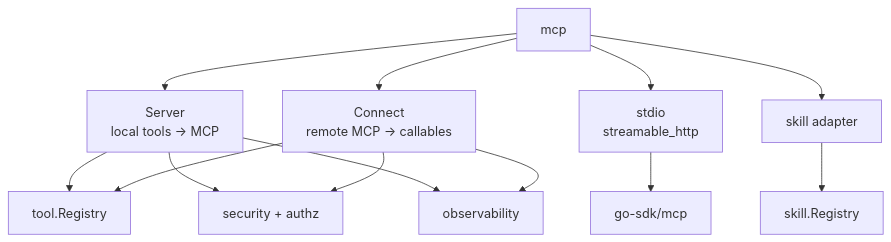
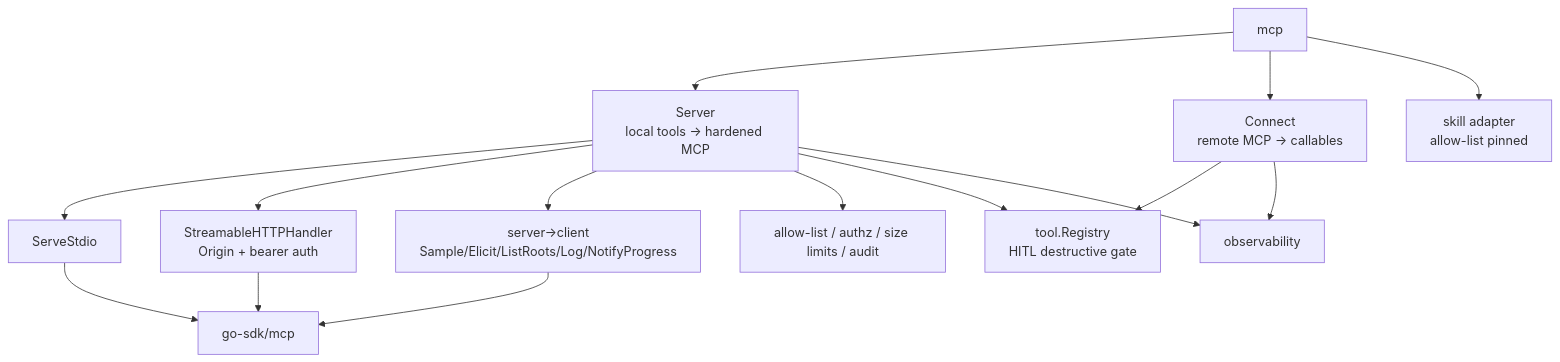
Before and after one commit to kbukum/gokit: the diagram in mcp/README.md, drawn with Mermaid. The commit also changed other lines of this file and 54 other files, not shown here.

First line of the commit message:
reshape MCP into a hardened protocol server (stdio + Streamable HTTP) (#222)

````diff
--- a/mcp/README.md
+++ b/mcp/README.md
@@ -7,26 +38,29 @@
 ```mermaid
 flowchart TD
     MCP[mcp]
-    Server[Server\nlocal tools -> MCP]
+    Server[Server\nlocal tools -> hardened MCP]
     Client[Connect\nremote MCP -> callables]
-    Transport[stdio\nstreamable_http]
-    SkillAdapter[skill adapter]
-    ToolReg[tool.Registry]
-    SkillReg[skill.Registry]
-    Security[security + authz]
+    Stdio[ServeStdio]
+    HTTP[StreamableHTTPHandler\nOrigin + bearer auth]
+    S2C[server->client\nSample/Elicit/ListRoots/Log/NotifyProgress]
+    SkillAdapter[skill adapter\nallow-list pinned]
+    ToolReg[tool.Registry\nHITL destructive gate]
+    Security[allow-list / authz / size limits / audit]
     Obs[observability]
     SDK[go-sdk/mcp]
 
     MCP --> Server
     MCP --> Client
-    MCP --> Transport
     MCP --> SkillAdapter
+    Server --> Stdio
+    Server --> HTTP
+    Server --> S2C
+    Server --> Security
     Server --> ToolReg
     Client --> ToolReg
-    SkillAdapter --> SkillReg
-    Server --> Security
-    Client --> Security
     Server --> Obs
     Client --> Obs
-    Transport --> SDK
+    Stdio --> SDK
+    HTTP --> SDK
+    S2C --> SDK
 ```
````
